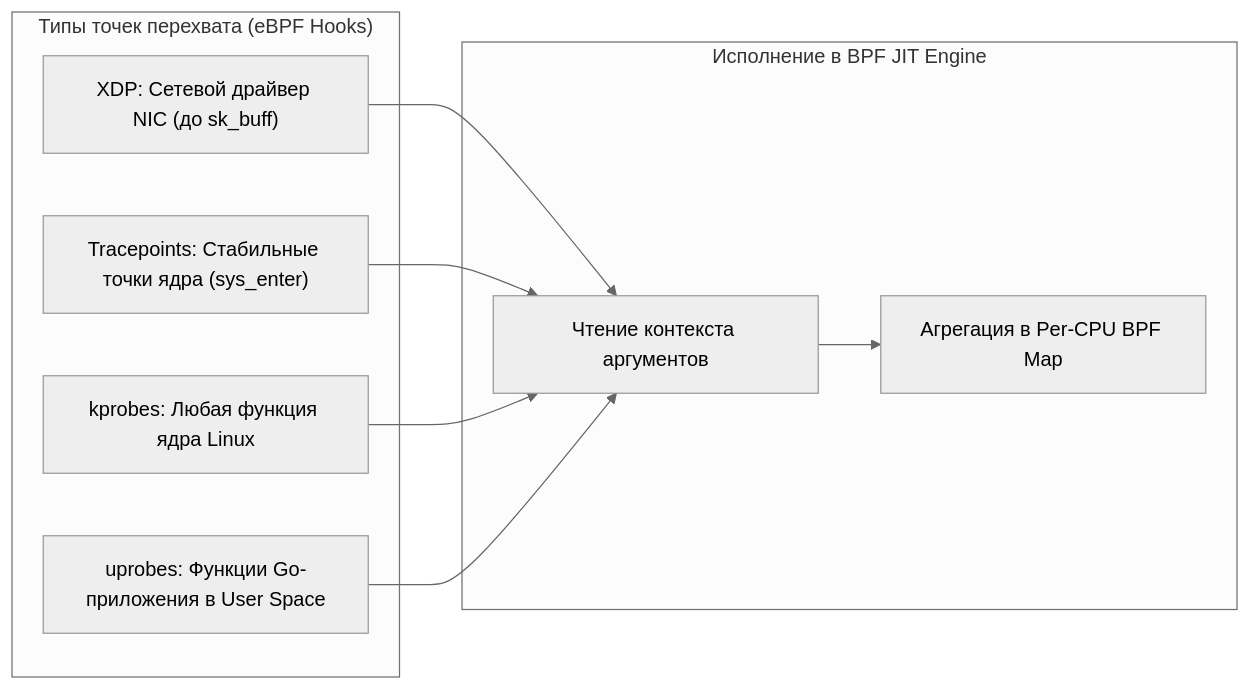
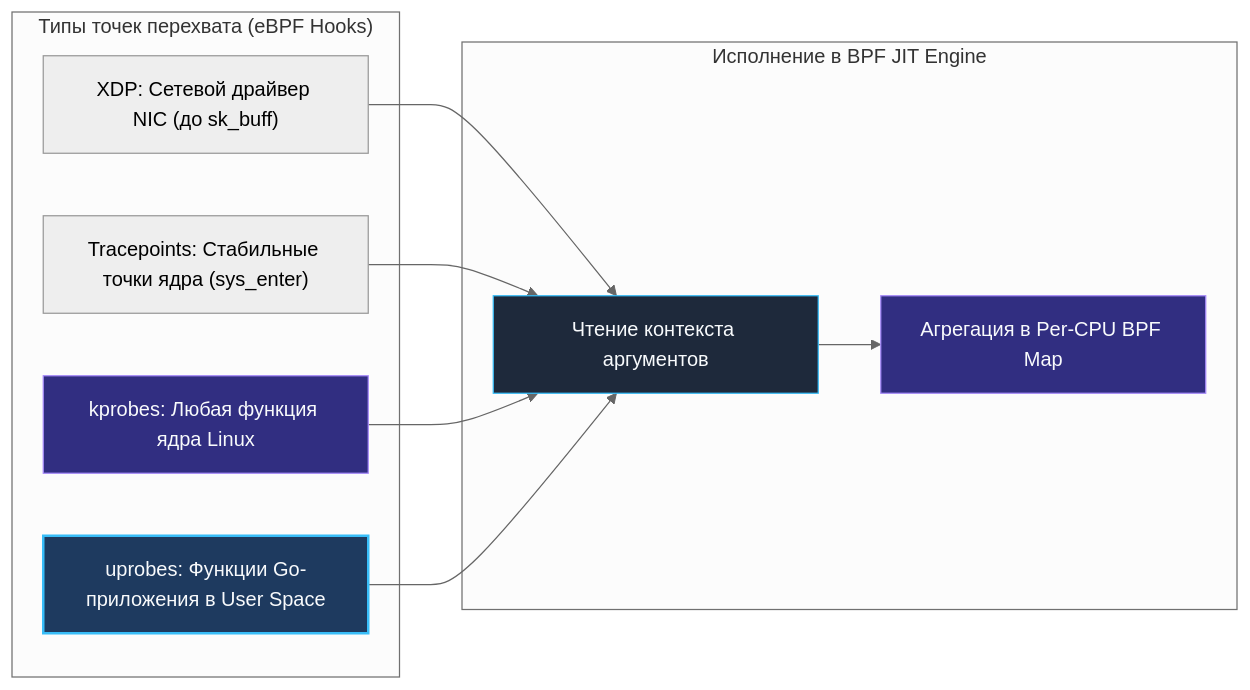
Before and after one commit to UnrealTemplier/go-textbook: the second of 3 diagrams in sources/2. Устройство и работа ОС/61. eBPF. Современный способ наблюдать за ОС.md, drawn with Mermaid (neutral theme). The commit also changed other lines of this file and 1666 other files, not shown here.

First line of the commit message:
feat(mermaid): add semantic color classDef to 1369 colorless flowchart/graph diagrams

````diff
--- a/sources/2. Устройство и работа ОС/61. eBPF. Современный способ наблюдать за ОС.md
+++ b/sources/2. Устройство и работа ОС/61. eBPF. Современный способ наблюдать за ОС.md
@@ -80,20 +90,30 @@
 ```mermaid
 flowchart LR
+    classDef process  fill:#1e293b,stroke:#38bdf8,stroke-width:1px,color:#f8fafc
+    classDef success  fill:#064e3b,stroke:#34d399,stroke-width:1px,color:#f8fafc
+    classDef error    fill:#7f1d1d,stroke:#f87171,stroke-width:1px,color:#f8fafc
+    classDef warning  fill:#78350f,stroke:#fbbf24,stroke-width:1px,color:#f8fafc
+    classDef entry    fill:#1e3a5f,stroke:#38bdf8,stroke-width:2px,color:#f8fafc
+    classDef aux      fill:#334155,stroke:#64748b,stroke-width:1px,color:#f8fafc
+    classDef system   fill:#312e81,stroke:#a78bfa,stroke-width:1px,color:#f8fafc
+    classDef data     fill:#132d29,stroke:#2dd4bf,stroke-width:1px,color:#f8fafc
+    classDef network  fill:#881337,stroke:#fb7185,stroke-width:1px,color:#f8fafc
+    classDef accent   fill:#1e1b4b,stroke:#818cf8,stroke-width:1px,color:#f8fafc
     subgraph HookTypes ["Типы точек перехвата (eBPF Hooks)"]
         XDP_Hook["XDP: Сетевой драйвер NIC (до sk_buff)"]
         Tracepoint_Hook["Tracepoints: Стабильные точки ядра (sys_enter)"]
-        Kprobe_Hook["kprobes: Любая функция ядра Linux"]
-        Uprobe_Hook["uprobes: Функции Go-приложения в User Space"]
+        Kprobe_Hook["kprobes: Любая функция ядра Linux"]:::system
+        Uprobe_Hook["uprobes: Функции Go-приложения в User Space"]:::entry
     end
 
     subgraph CoreExecution ["Исполнение в BPF JIT Engine"]
-        ContextRead["Чтение контекста аргументов"]
-        MapAggregation["Агрегация в Per-CPU BPF Map"]
+        ContextRead["Чтение контекста аргументов"]:::process
+        MapAggregation["Агрегация в Per-CPU BPF Map"]:::system
     end
 
     XDP_Hook --> ContextRead
     Tracepoint_Hook --> ContextRead
     Kprobe_Hook --> ContextRead
     Uprobe_Hook --> ContextRead
     ContextRead --> MapAggregation
 ```
````
